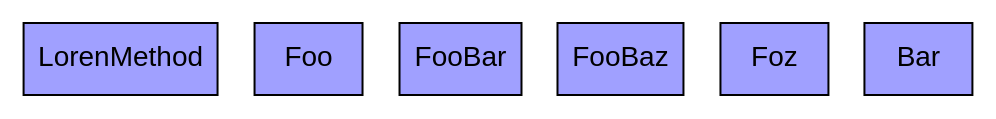
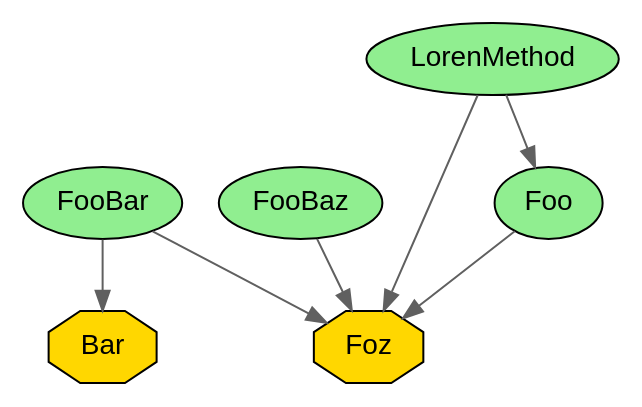
The diagram in inject/examples/simple/simple.gv (xgodev/boost), drawn with Graphviz before and after one commit. The commit also changed 2 other files, not shown here.

Commit message:
Update graph generation logic, handle PROVIDE and INJECT annotations, validate entries, and build dependency graph. Add functions to populate provider and injector maps based on annotations. Ensure unique identifiers for components and dependencies. Log final graph in JSON format.

```diff
--- a/inject/examples/simple/simple.gv
+++ b/inject/examples/simple/simple.gv
@@ -1,11 +1,17 @@
 digraph InjectGraph {
         graph [splines=true, overlap=false];
-        node [fontname="Arial"];
+        node [fontname="Arial", shape=box, style=filled];
         edge [color="#606060"];
-    	"annotated.LorenMethod" [label="LorenMethod", shape=box, style=filled, fillcolor="#A0A0FF"];
-	"simple.Foo" [label="Foo", shape=box, style=filled, fillcolor="#A0A0FF"];
-	"simple.FooBar" [label="FooBar", shape=box, style=filled, fillcolor="#A0A0FF"];
-	"simple.FooBaz" [label="FooBaz", shape=box, style=filled, fillcolor="#A0A0FF"];
-	"simple.Foz" [label="Foz", shape=box, style=filled, fillcolor="#A0A0FF"];
-	"simple.Bar" [label="Bar", shape=box, style=filled, fillcolor="#A0A0FF"];
+    "simple_FooBar" [label="FooBar", shape=ellipse, fillcolor="#90EE90"];
+"simple_FooBar" -> "simple_Bar";
+"simple_FooBar" -> "simple_Foz";
+"simple_Foz" [label="Foz", shape=octagon, fillcolor="#FFD700"];
+"simple_Bar" [label="Bar", shape=octagon, fillcolor="#FFD700"];
+"simple_FooBaz" [label="FooBaz", shape=ellipse, fillcolor="#90EE90"];
+"simple_FooBaz" -> "simple_Foz";
+"annotated_LorenMethod" [label="LorenMethod", shape=ellipse, fillcolor="#90EE90"];
+"annotated_LorenMethod" -> "simple_Foo";
+"annotated_LorenMethod" -> "simple_Foz";
+"simple_Foo" [label="Foo", shape=ellipse, fillcolor="#90EE90"];
+"simple_Foo" -> "simple_Foz";
 }
```
